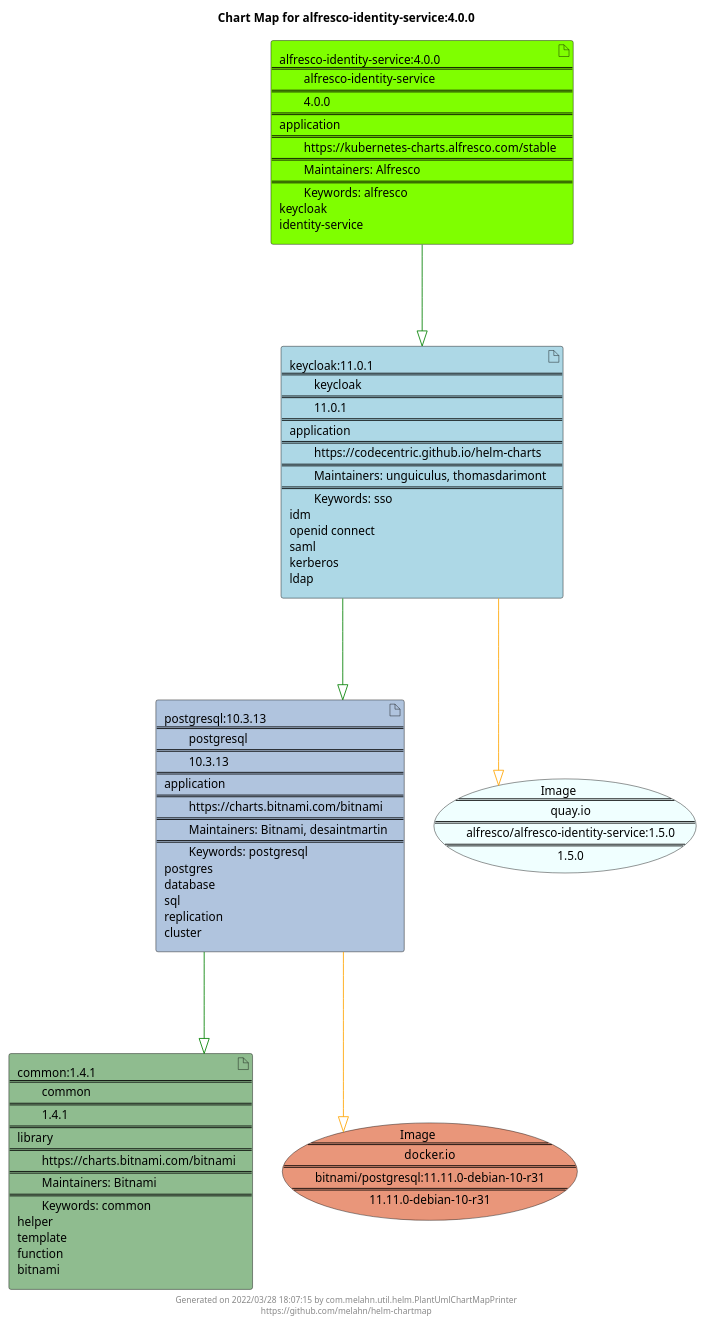
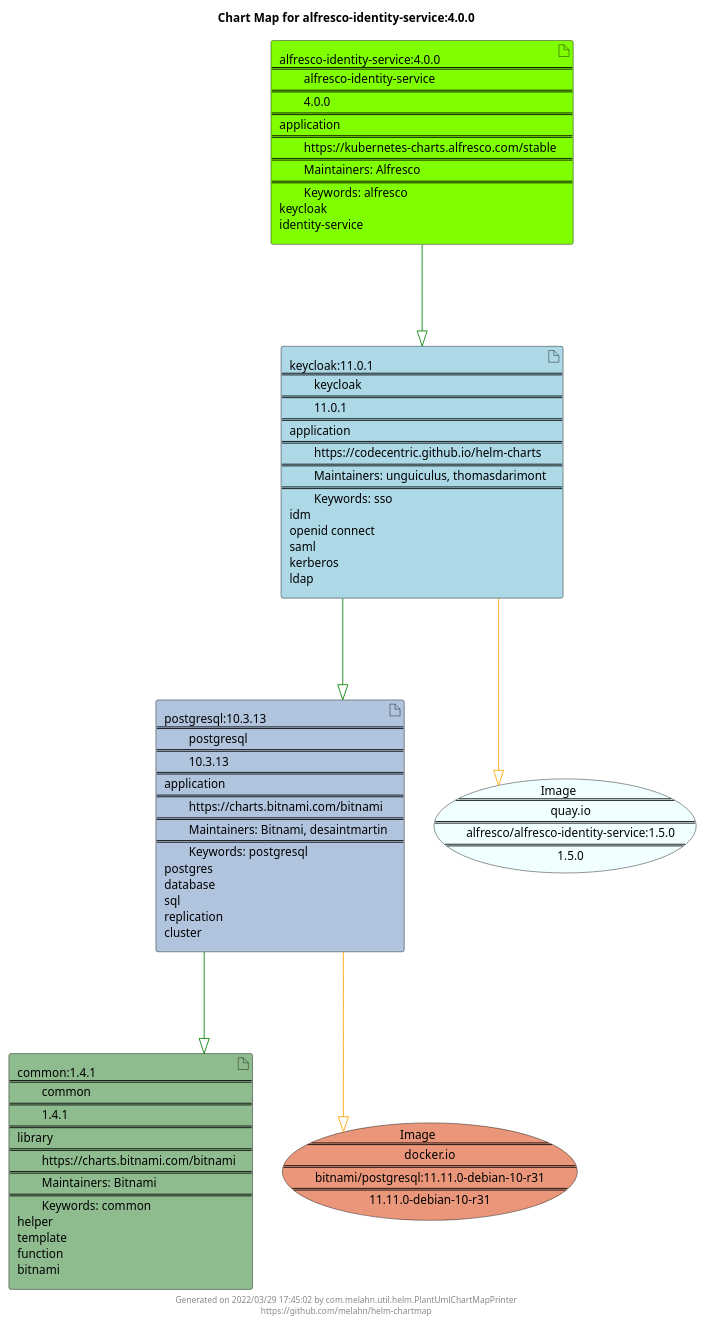
The diagram in docs/alfresco-identity-service/alfresco-identity-service-4.0.0.puml (melahn/helm-chartmap), drawn with PlantUML before and after one commit. The commit also changed 55 other files, not shown here.

Commit message:
Update Example Chart Maps as part of GitHub build

```diff
--- a/docs/alfresco-identity-service/alfresco-identity-service-4.0.0.puml
+++ b/docs/alfresco-identity-service/alfresco-identity-service-4.0.0.puml
@@ -1,29 +1,29 @@
 @startuml
 skinparam linetype ortho
 skinparam backgroundColor white
 skinparam usecaseBorderColor black
 skinparam usecaseArrowColor LightSlateGray
 skinparam artifactBorderColor black
 skinparam artifactArrowColor LightSlateGray
 
 title Chart Map for alfresco-identity-service:4.0.0
 
 'There are 4 referenced Helm Charts
 artifact "common:1.4.1\n====\n\tcommon\n====\n\t1.4.1\n====\nlibrary\n====\n\thttps://charts.bitnami.com/bitnami\n====\n\tMaintainers: Bitnami\n====\n\tKeywords: common\nhelper\ntemplate\nfunction\nbitnami" as common_1_4_1 #DarkSeaGreen
 artifact "alfresco-identity-service:4.0.0\n====\n\talfresco-identity-service\n====\n\t4.0.0\n====\napplication\n====\n\thttps://kubernetes-charts.alfresco.com/stable\n====\n\tMaintainers: Alfresco\n====\n\tKeywords: alfresco\nkeycloak\nidentity-service" as alfresco_identity_service_4_0_0 #Chartreuse
 artifact "postgresql:10.3.13\n====\n\tpostgresql\n====\n\t10.3.13\n====\napplication\n====\n\thttps://charts.bitnami.com/bitnami\n====\n\tMaintainers: Bitnami, desaintmartin\n====\n\tKeywords: postgresql\npostgres\ndatabase\nsql\nreplication\ncluster" as postgresql_10_3_13 #LightSteelBlue
 artifact "keycloak:11.0.1\n====\n\tkeycloak\n====\n\t11.0.1\n====\napplication\n====\n\thttps://codecentric.github.io/helm-charts\n====\n\tMaintainers: unguiculus, thomasdarimont\n====\n\tKeywords: sso\nidm\nopenid connect\nsaml\nkerberos\nldap" as keycloak_11_0_1 #LightBlue
 
 'There are 2 referenced Docker Images
 usecase "Image\n====\n\tquay.io\n====\n\talfresco/alfresco-identity-service:1.5.0\n====\n\t1.5.0" as quay_io_alfresco_alfresco_identity_service_1_5_0 #Azure
 usecase "Image\n====\n\tdocker.io\n====\n\tbitnami/postgresql:11.11.0-debian-10-r31\n====\n\t11.11.0-debian-10-r31" as docker_io_bitnami_postgresql_11_11_0_debian_10_r31 #DarkSalmon
 
 'Chart Dependencies
 alfresco_identity_service_4_0_0--[#green]-|>keycloak_11_0_1
 keycloak_11_0_1--[#green]-|>postgresql_10_3_13
 postgresql_10_3_13--[#green]-|>common_1_4_1
 postgresql_10_3_13--[#orange]-|>docker_io_bitnami_postgresql_11_11_0_debian_10_r31
 keycloak_11_0_1--[#orange]-|>quay_io_alfresco_alfresco_identity_service_1_5_0
 
-center footer Generated on 2022/03/28 18:07:15 by com.melahn.util.helm.PlantUmlChartMapPrinter\nhttps://github.com/melahn/helm-chartmap
+center footer Generated on 2022/03/29 17:45:02 by com.melahn.util.helm.PlantUmlChartMapPrinter\nhttps://github.com/melahn/helm-chartmap
 @enduml
```
